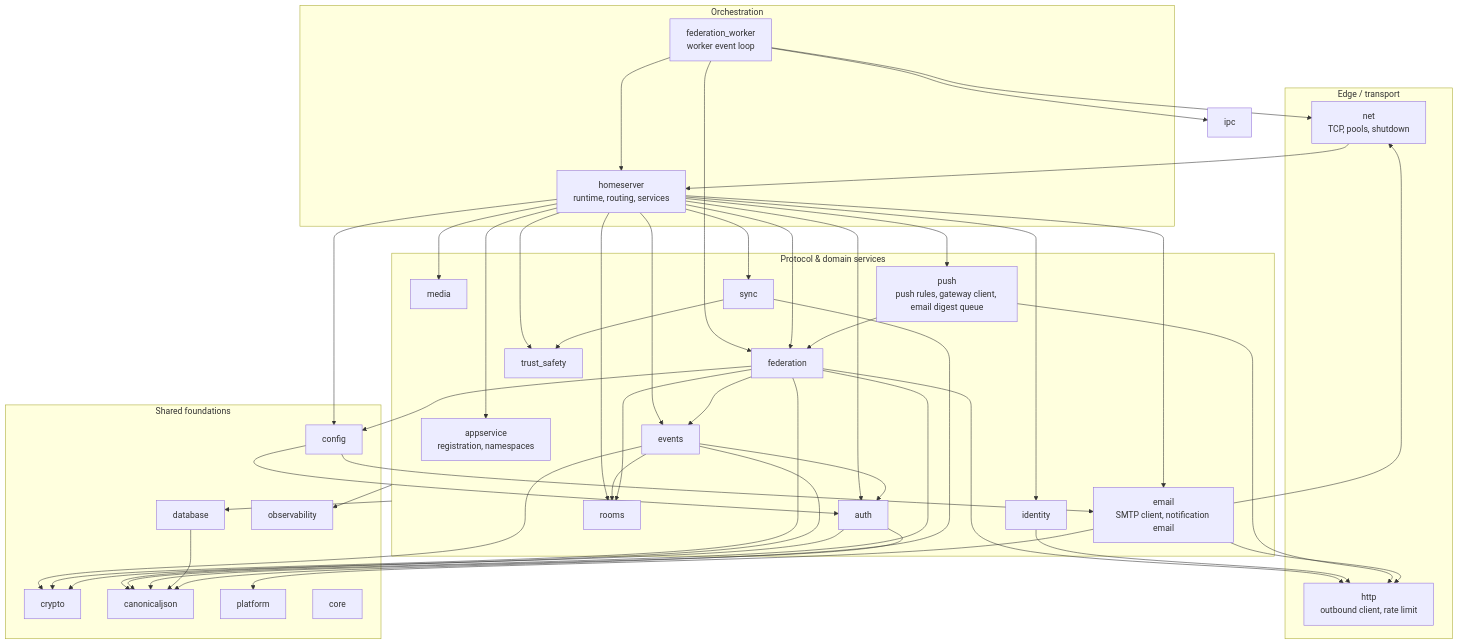
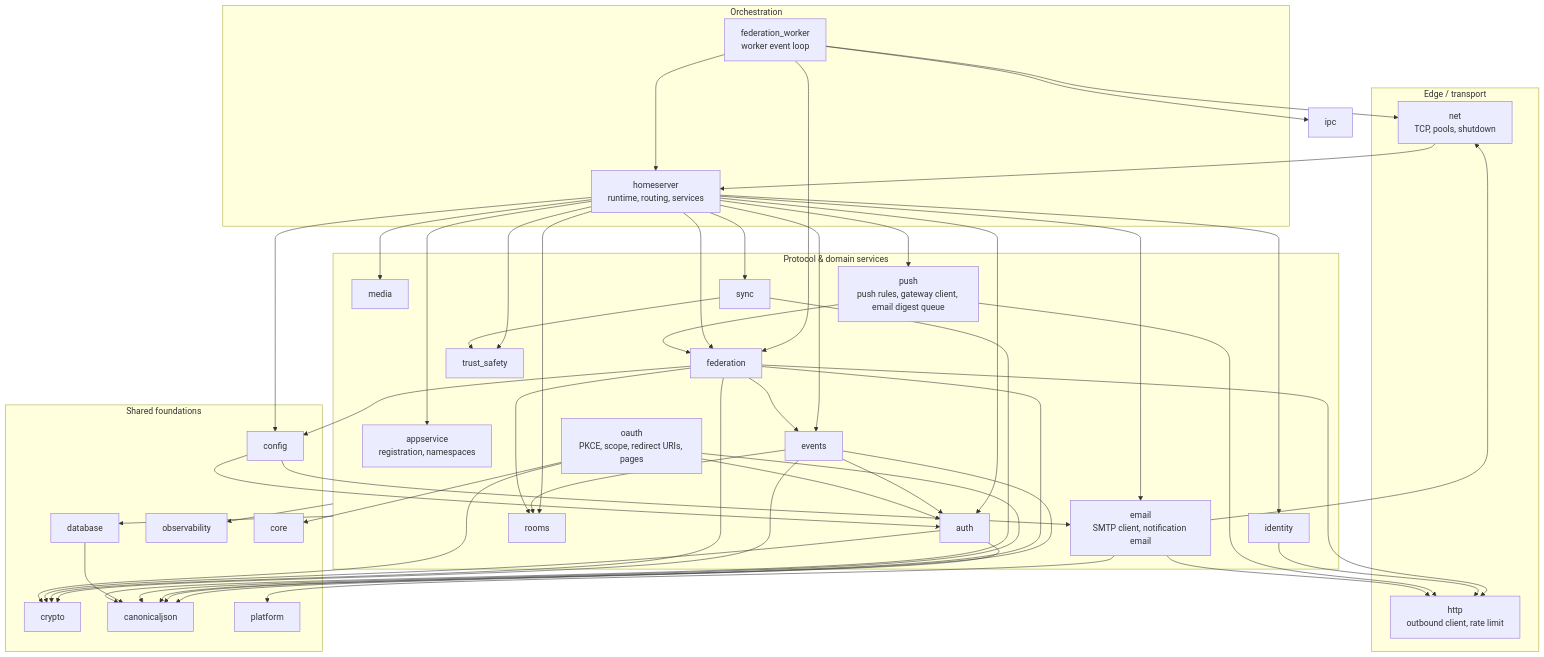
The second of 6 diagrams in docs/architecture.md (OMG-Software/Merovingian), drawn with Mermaid before and after one commit. The commit also changed other lines of this file and 416 other files, not shown here.

````diff
--- a/docs/architecture.md
+++ b/docs/architecture.md
@@ -108,52 +109,54 @@
 ```mermaid
 flowchart TB
     subgraph edge["Edge / transport"]
         net["net<br/>TCP, pools, shutdown"]
         http["http<br/>outbound client, rate limit"]
     end
     subgraph orchestration["Orchestration"]
         homeserver["homeserver<br/>runtime, routing, services"]
         fedworker_mod["federation_worker<br/>worker event loop"]
     end
     subgraph services["Protocol & domain services"]
         appservice["appservice<br/>registration, namespaces"]
         auth["auth"]
+        oauth["oauth<br/>PKCE, scope, redirect URIs, pages"]
         rooms["rooms"]
         events["events"]
         federation["federation"]
         identity["identity"]
         media["media"]
         push["push<br/>push rules, gateway client, email digest queue"]
         email["email<br/>SMTP client, notification email"]
         sync["sync"]
         trust_safety["trust_safety"]
     end
     subgraph foundations["Shared foundations"]
         database["database"]
         crypto["crypto"]
         canonicaljson["canonicaljson"]
         observability["observability"]
         platform["platform"]
         config["config"]
         core["core"]
     end
 
     net --> homeserver
     fedworker_mod --> homeserver & federation & ipc & net
     homeserver --> auth & rooms & events & federation & media & push & email & sync & trust_safety & identity & appservice
     federation --> http
     identity --> http
     push --> http & federation
     email --> http & platform & net
     config --> email
     sync --> trust_safety
     services --> database
     events --> crypto & canonicaljson & rooms & auth
     federation --> crypto & canonicaljson & events & rooms & config
     auth --> crypto & canonicaljson
+    oauth --> auth & crypto & canonicaljson & core
     database --> canonicaljson
     sync --> canonicaljson
     services --> observability
     homeserver --> config
     config --> auth
 ```
````
